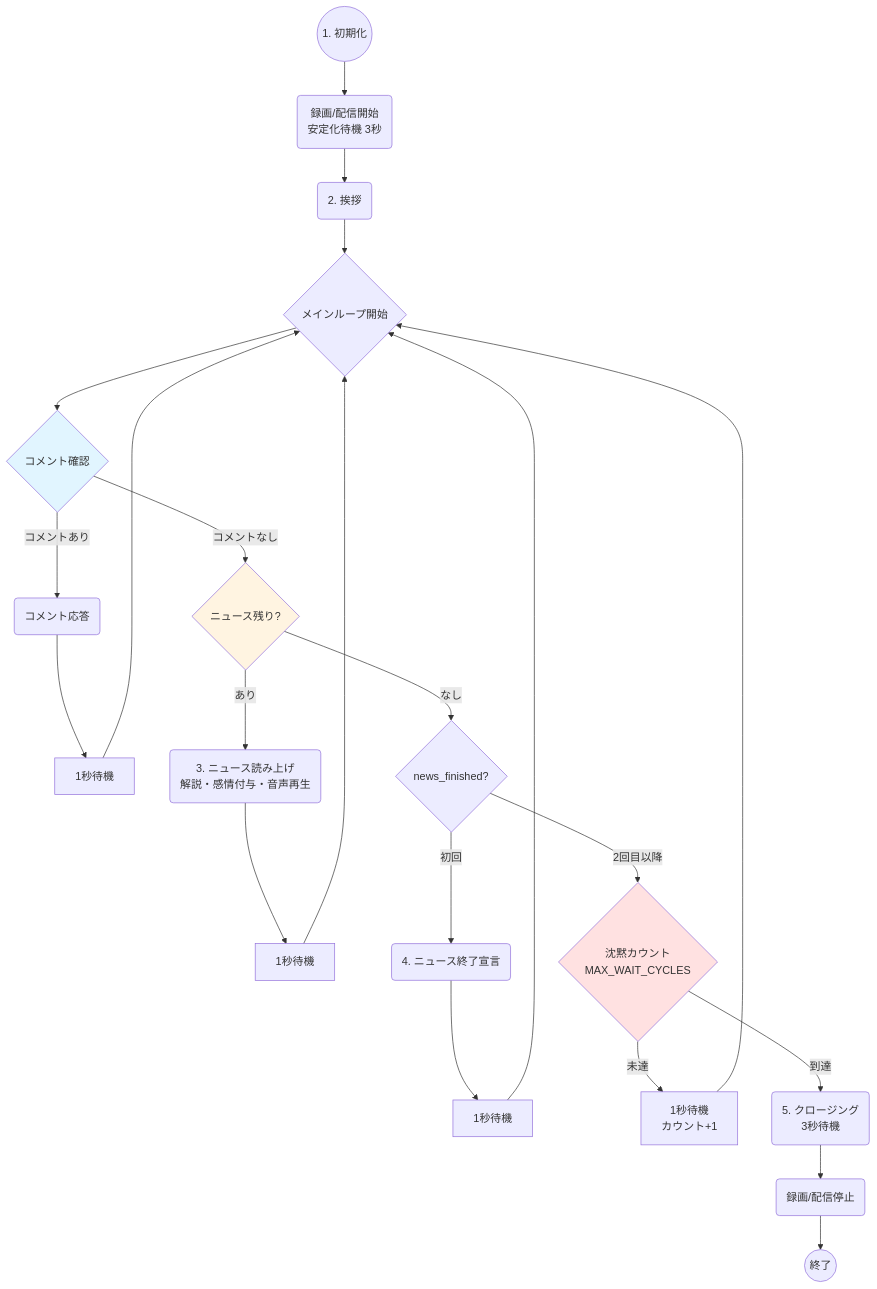
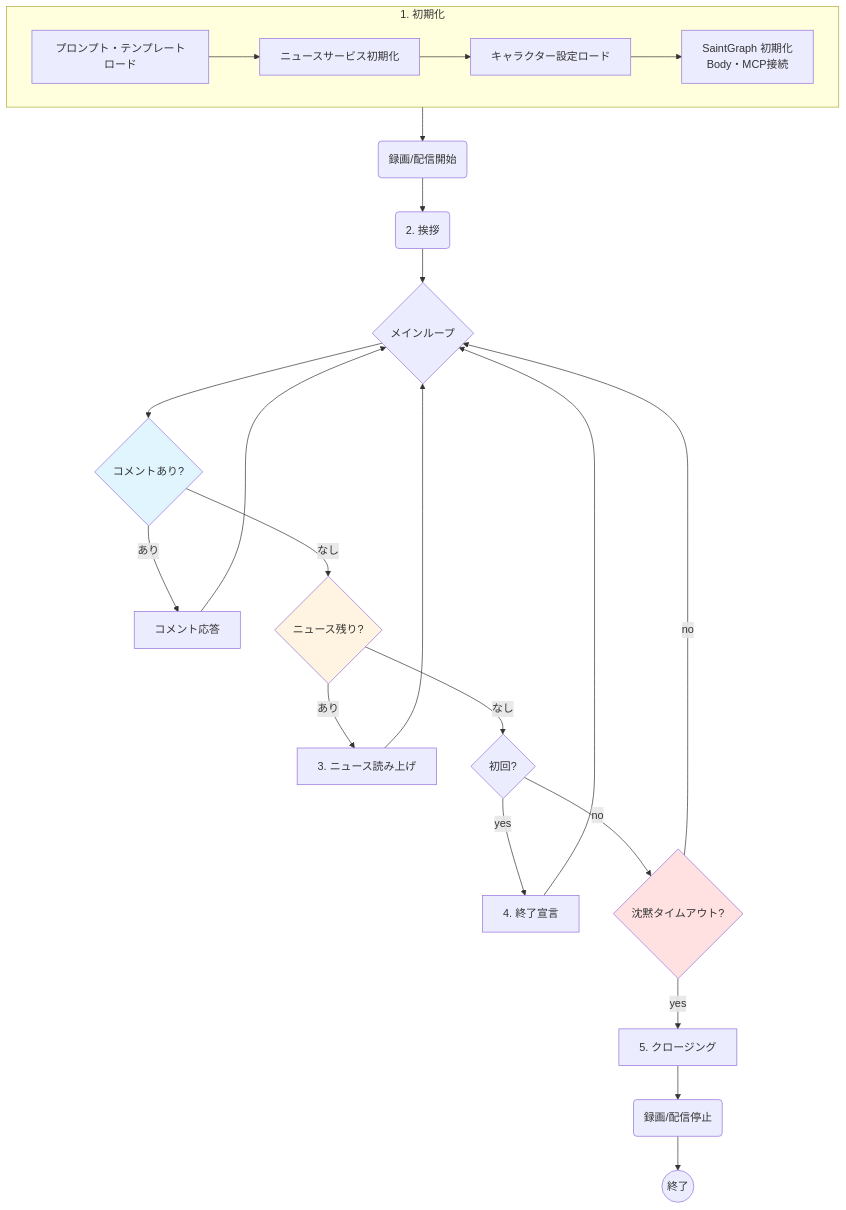
One commit to koduki/ai-tuber changed the diagram in docs/architecture/data-flow.md. Above: the diagram before and after it, drawn with Mermaid.

Commit message:
modify diagram

````diff
--- a/docs/architecture/data-flow.md
+++ b/docs/architecture/data-flow.md
@@ -7,32 +7,36 @@
 ```mermaid
 graph TD
-    Start((1. 初期化)) --> Record(録画/配信開始<br/>安定化待機 3秒)
+    subgraph Init [1. 初期化]
+        I1[プロンプト・テンプレートロード]
+        I2[ニュースサービス初期化]
+        I3[キャラクター設定ロード]
+        I4[SaintGraph 初期化<br/>Body・MCP接続]
+        I1 --> I2 --> I3 --> I4
+    end
+    
+    Init --> Record(録画/配信開始)
     Record --> Intro(2. 挨拶)
-    Intro --> MainLoop{メインループ開始}
+    Intro --> Loop{メインループ}
     
-    MainLoop --> CheckComment{コメント確認}
-    CheckComment -- コメントあり --> Respond(コメント応答)
-    Respond --> Sleep1[1秒待機]
-    Sleep1 --> MainLoop
+    Loop --> Comment{コメントあり?}
+    Comment -- あり --> Respond[コメント応答]
+    Respond --> Loop
     
-    CheckComment -- コメントなし --> HasNews{ニュース残り?}
-    HasNews -- あり --> ReadNews(3. ニュース読み上げ<br/>解説・感情付与・音声再生)
-    ReadNews --> Sleep2[1秒待機]
-    Sleep2 --> MainLoop
+    Comment -- なし --> News{ニュース残り?}
+    News -- あり --> ReadNews[3. ニュース読み上げ]
+    ReadNews --> Loop
     
-    HasNews -- なし --> IsFinished{news_finished?}
-    IsFinished -- 初回 --> Finished(4. ニュース終了宣言)
-    Finished --> Sleep3[1秒待機]
-    Sleep3 --> MainLoop
+    News -- なし --> First{初回?}
+    First -- yes --> Announce[4. 終了宣言]
+    Announce --> Loop
     
-    IsFinished -- 2回目以降 --> WaitCheck{沈黙カウント<br/>MAX_WAIT_CYCLES}
-    WaitCheck -- 未達 --> Sleep4[1秒待機<br/>カウント+1]
-    Sleep4 --> MainLoop
-    WaitCheck -- 到達 --> Closing(5. クロージング<br/>3秒待機)
-    Closing --> Stop(録画/配信停止)
+    First -- no --> Wait{沈黙タイムアウト?}
+    Wait -- no --> Loop
+    Wait -- yes --> Close[5. クロージング]
+    Close --> Stop(録画/配信停止)
     Stop --> End((終了))
 
-    style CheckComment fill:#e1f5ff
-    style HasNews fill:#fff4e1
-    style WaitCheck fill:#ffe1e1
+    style Comment fill:#e1f5ff
+    style News fill:#fff4e1
+    style Wait fill:#ffe1e1
 ```
````
